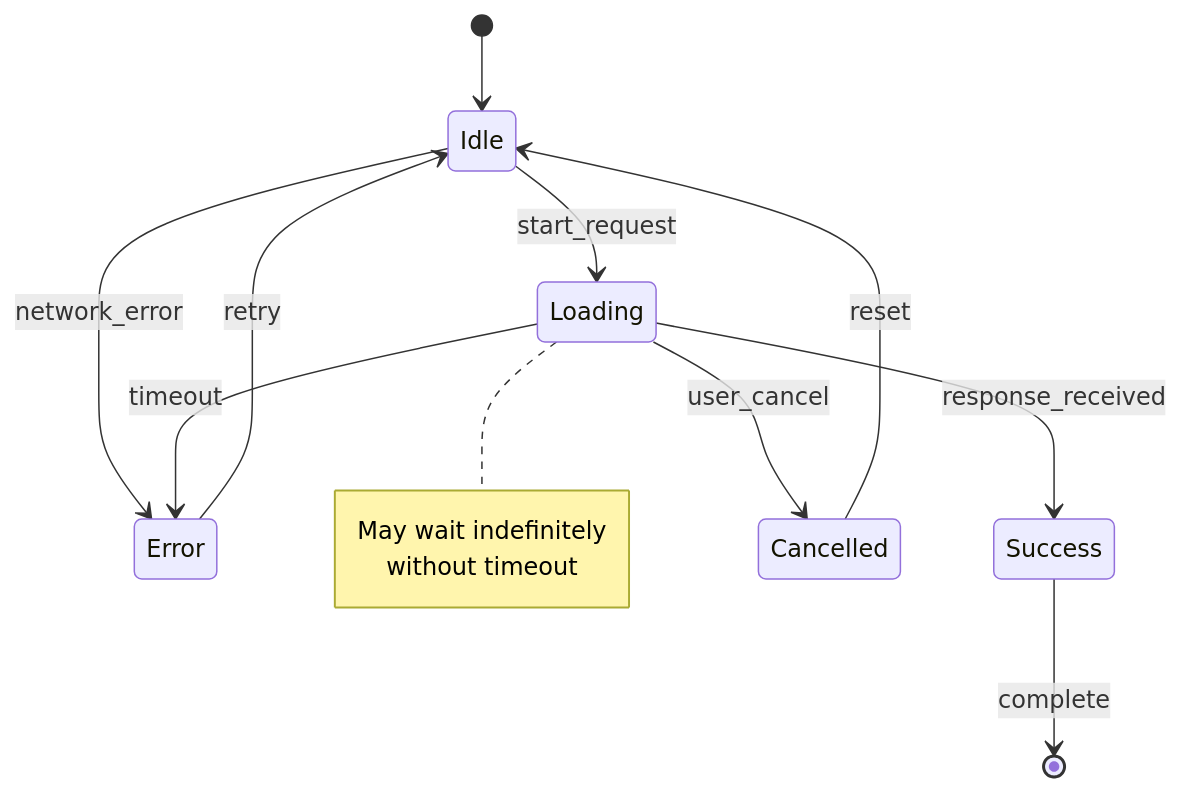
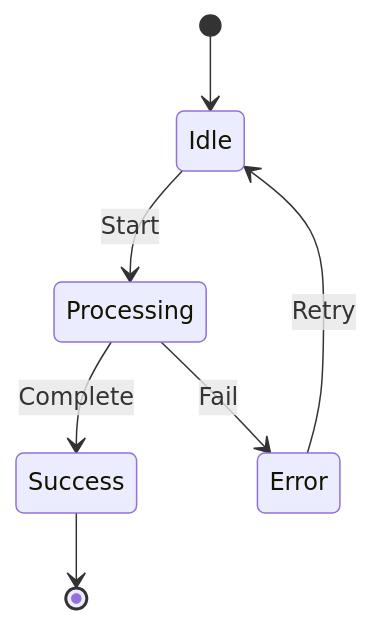
The sixth of 12 diagrams in src/moai_adk/templates/.claude/skills/moai-mermaid-diagram-expert/SKILL.md (modu-ai/moai-adk), drawn with Mermaid before and after one commit. The commit also changed other lines of this file and 182 other files, not shown here.

````diff
--- a/src/moai_adk/templates/.claude/skills/moai-mermaid-diagram-expert/SKILL.md
+++ b/src/moai_adk/templates/.claude/skills/moai-mermaid-diagram-expert/SKILL.md
@@ -488,21 +159,9 @@
 ```mermaid
 stateDiagram-v2
     [*] --> Idle
-    
-    Idle --> Loading: start_request
-    Idle --> Error: network_error
-    
-    Loading --> Success: response_received
-    Loading --> Error: timeout
-    Loading --> Cancelled: user_cancel
-    
-    Success --> [*]: complete
-    
-    Error --> Idle: retry
-    Cancelled --> Idle: reset
-    
-    note right of Loading
-        May wait indefinitely
-        without timeout
-    end note
+    Idle --> Processing : Start
+    Processing --> Success : Complete
+    Processing --> Error : Fail
+    Error --> Idle : Retry
+    Success --> [*]
 ```
````
